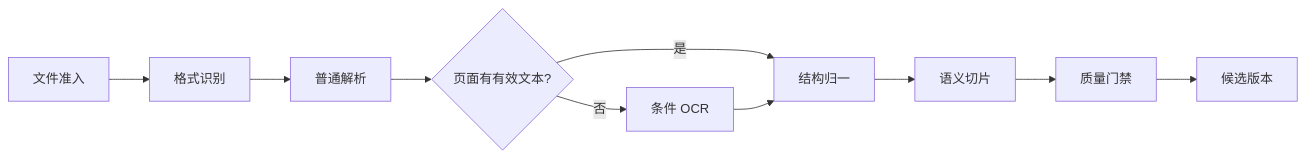
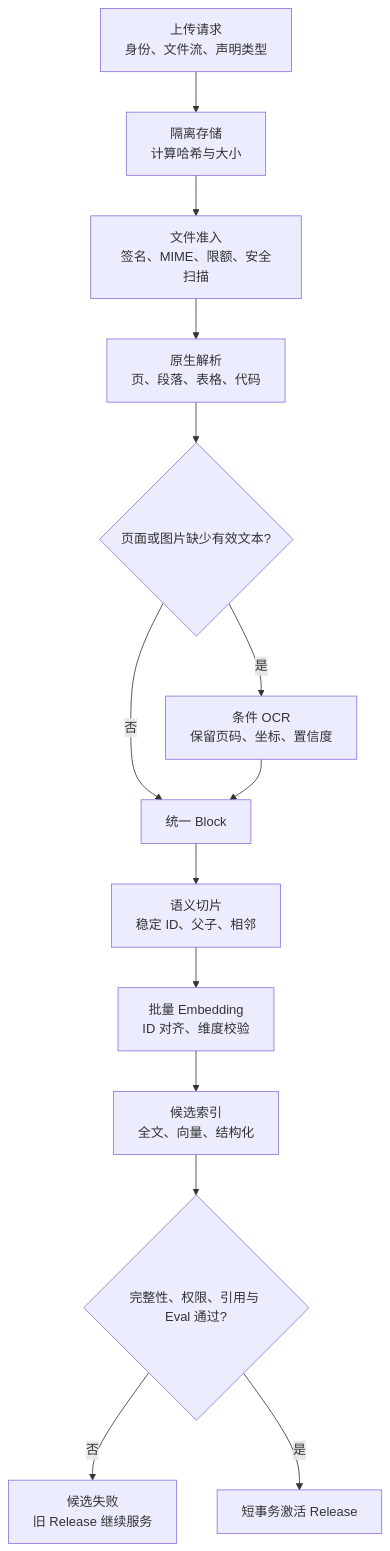
The diagram in docs/ai-agent/rag-ingestion-pipeline.md (upJiang/jiang-blog-vitepress), drawn with Mermaid before and after one commit. The commit also changed other lines of this file and 425 other files, not shown here.

````diff
--- a/docs/ai-agent/rag-ingestion-pipeline.md
+++ b/docs/ai-agent/rag-ingestion-pipeline.md
@@ -51,12 +78,16 @@
 ```mermaid
-flowchart LR
-  A[文件准入] --> B[格式识别]
-  B --> C[普通解析]
-  C --> D{页面有有效文本?}
-  D -->|否| E[条件 OCR]
-  D -->|是| F[结构归一]
-  E --> F
-  F --> G[语义切片]
-  G --> H[质量门禁]
-  H --> I[候选版本]
+flowchart TB
+  U[上传请求<br/>身份、文件流、声明类型] --> S[隔离存储<br/>计算哈希与大小]
+  S --> A[文件准入<br/>签名、MIME、限额、安全扫描]
+  A --> P[原生解析<br/>页、段落、表格、代码]
+  P --> O{页面或图片缺少有效文本?}
+  O -->|是| R[条件 OCR<br/>保留页码、坐标、置信度]
+  O -->|否| B[统一 Block]
+  R --> B
+  B --> C[语义切片<br/>稳定 ID、父子、相邻]
+  C --> E[批量 Embedding<br/>ID 对齐、维度校验]
+  E --> I[候选索引<br/>全文、向量、结构化]
+  I --> V{完整性、权限、引用与 Eval 通过?}
+  V -->|否| F[候选失败<br/>旧 Release 继续服务]
+  V -->|是| L[短事务激活 Release]
 ```
````
